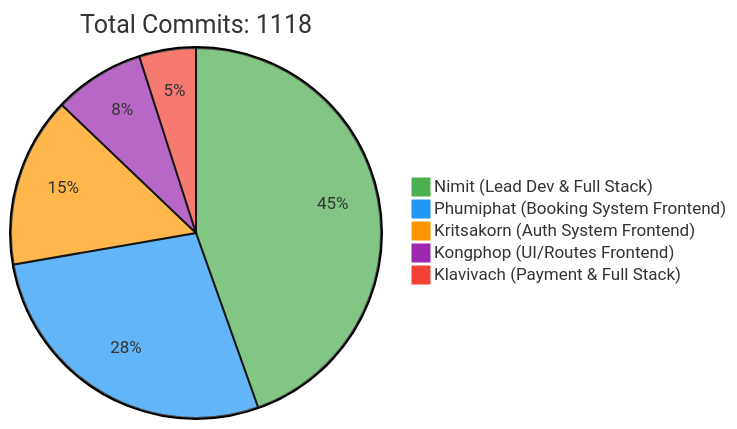
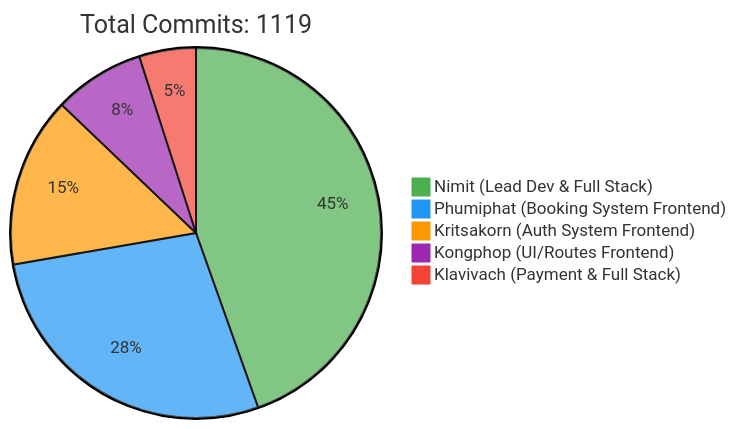
Before and after one commit to 6531503042/Sport-Complex: the first of 2 diagrams in README.md, drawn with Mermaid. The commit also changed other lines of this file, not shown here.

Commit message:
docs: Update contributor statistics [skip ci]

````diff
--- a/README.md
+++ b/README.md
@@ -257,10 +257,10 @@
 ```mermaid
 %%{init: {'theme': 'base', 'themeVariables': { 'pie1': '#4CAF50', 'pie2': '#2196F3', 'pie3': '#FF9800', 'pie4': '#9C27B0', 'pie5': '#F44336'}}}%%
 pie
-    title Total Commits: 1118
+    title Total Commits: 1119
     "Nimit (Lead Dev & Full Stack)" : 450
     "Phumiphat (Booking System Frontend)" : 280
     "Kritsakorn (Auth System Frontend)" : 150
     "Kongphop (UI/Routes Frontend)" : 80
     "Klavivach (Payment & Full Stack)" : 50
 ```
````
